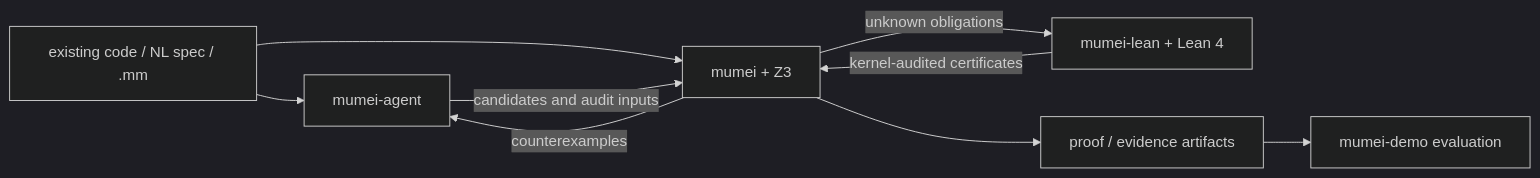
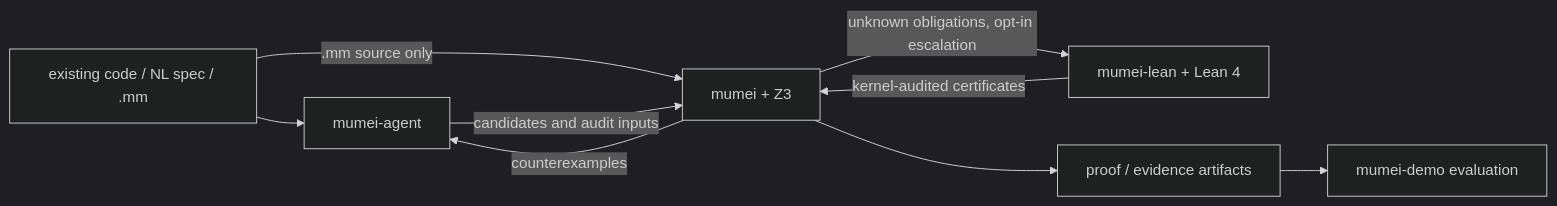
Before and after one commit to mumei-lang/mumei: the diagram in README.md, drawn with Mermaid (dark theme). The commit also changed 2 other files, not shown here.

Commit message:
Clarify direct core input and Lean escalation

````diff
--- a/README.md
+++ b/README.md
@@ -17,11 +17,11 @@
 ```mermaid
 flowchart LR
     Input["existing code / NL spec / .mm"] --> Agent["mumei-agent"]
-    Input --> Core["mumei + Z3"]
+    Input -->|.mm source only| Core["mumei + Z3"]
     Agent -->|candidates and audit inputs| Core
     Core -->|counterexamples| Agent
-    Core -->|unknown obligations| Lean["mumei-lean + Lean 4"]
+    Core -->|unknown obligations, opt-in escalation| Lean["mumei-lean + Lean 4"]
     Lean -->|kernel-audited certificates| Core
     Core --> Evidence["proof / evidence artifacts"]
     Evidence --> Demo["mumei-demo evaluation"]
 ```
````
